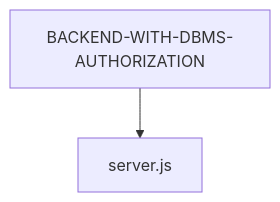
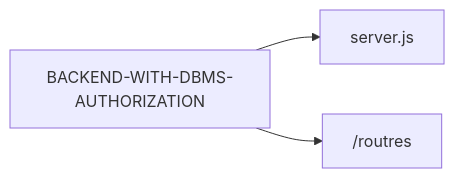
The diagram in README.md (FahmidaHamid/backend-with-dbms-authorization), drawn with Mermaid before and after one commit.

Commit message:
updating the readme with the next phase

````diff
--- a/README.md
+++ b/README.md
@@ -301,7 +301,7 @@
 ```mermaid
-graph TD;
+graph LR;
 
 BACKEND-WITH-DBMS-AUTHORIZATION --> server.js;
-
+BACKEND-WITH-DBMS-AUTHORIZATION --> /routres;
 
 ```
````
